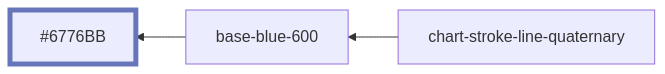
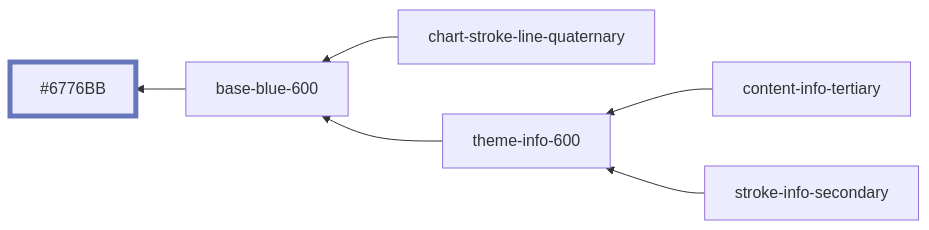
One commit to oxidecomputer/design-system changed diagram 38 of 51 in styles/dist/main.md. Above: the diagram before and after it, drawn with Mermaid. The commit also changed other lines of this file and 8 other files, not shown here.

````diff
--- a/styles/dist/main.md
+++ b/styles/dist/main.md
@@ -447,7 +457,10 @@
 ```mermaid
 graph RL
   base-blue-600 --> #6776BB:::base-blue-600
+  content-info-tertiary --> theme-info-600
+  stroke-info-secondary --> theme-info-600
   chart-stroke-line-quaternary --> base-blue-600
+  theme-info-600 --> base-blue-600
 
 	classDef base-blue-600 stroke-width:5,stroke:#6776BB
 ```
````
